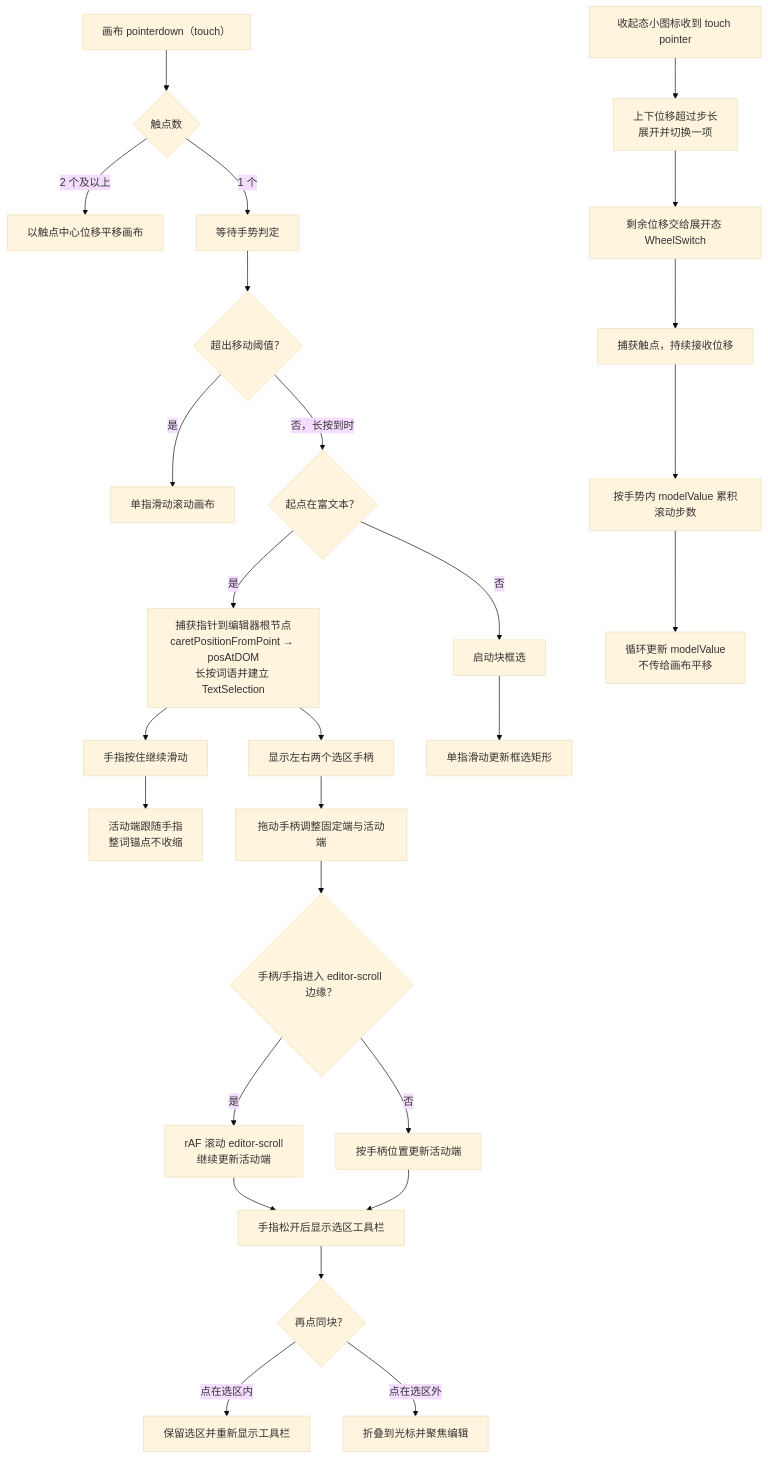
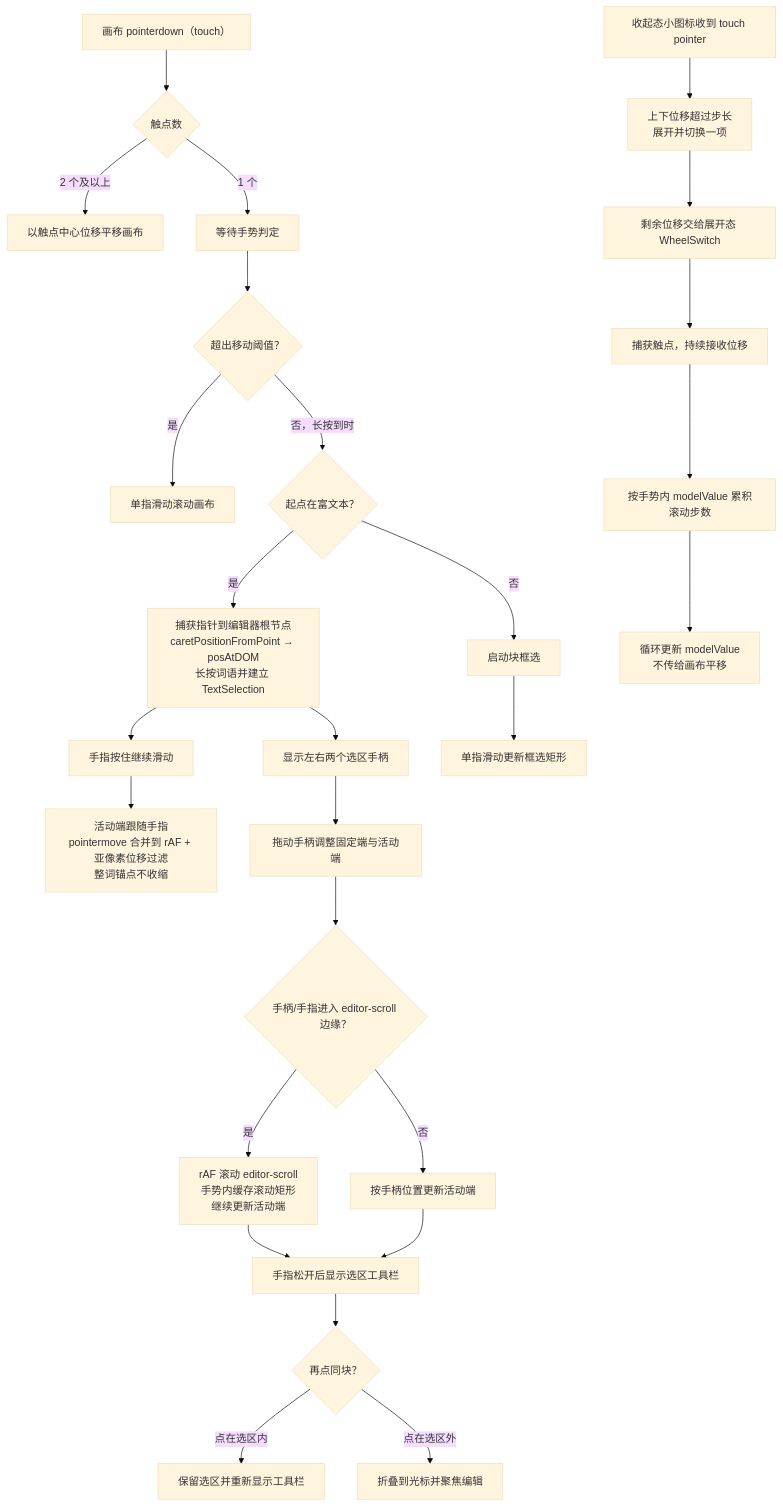
Before and after one commit to LogicAurora/Mindrizzle: the fifth of 7 diagrams in src/docs/flow/07-events-flow.md, drawn with Mermaid (base theme). The commit also changed other lines of this file and 9 other files, not shown here.

````diff
--- a/src/docs/flow/07-events-flow.md
+++ b/src/docs/flow/07-events-flow.md
@@ -93,30 +93,30 @@
 ```mermaid
 flowchart TD
   A["画布 pointerdown（touch）"] --> B{"触点数"}
   B -->|2 个及以上| C["以触点中心位移平移画布"]
   B -->|1 个| D["等待手势判定"]
   D --> E{"超出移动阈值？"}
   E -->|是| F["单指滑动滚动画布"]
   E -->|否，长按到时| G{"起点在富文本？"}
   G -->|是| H["捕获指针到编辑器根节点<br/>caretPositionFromPoint → posAtDOM<br/>长按词语并建立 TextSelection"]
   H --> H0["手指按住继续滑动"]
-  H0 --> H0a["活动端跟随手指<br/>整词锚点不收缩"]
+  H0 --> H0a["活动端跟随手指<br/>pointermove 合并到 rAF + 亚像素位移过滤<br/>整词锚点不收缩"]
   H --> H1["显示左右两个选区手柄"]
   H1 --> H2["拖动手柄调整固定端与活动端"]
   H2 --> H3{"手柄/手指进入 editor-scroll 边缘？"}
-  H3 -->|是| H4["rAF 滚动 editor-scroll<br/>继续更新活动端"]
+  H3 -->|是| H4["rAF 滚动 editor-scroll<br/>手势内缓存滚动矩形<br/>继续更新活动端"]
   H3 -->|否| H5["按手柄位置更新活动端"]
   H4 --> H6["手指松开后显示选区工具栏"]
   H5 --> H6
   H6 --> H7{"再点同块？"}
   H7 -->|点在选区内| H8["保留选区并重新显示工具栏"]
   H7 -->|点在选区外| H9["折叠到光标并聚焦编辑"]
   G -->|否| I["启动块框选"]
   I --> J["单指滑动更新框选矩形"]
 
   K["收起态小图标收到 touch pointer"] --> K2["上下位移超过步长<br/>展开并切换一项"]
   K2 --> K3["剩余位移交给展开态 WheelSwitch"]
   K3 --> L["捕获触点，持续接收位移"]
   L --> L2["按手势内 modelValue 累积滚动步数"]
   L2 --> M["循环更新 modelValue<br/>不传给画布平移"]
 ```
````
